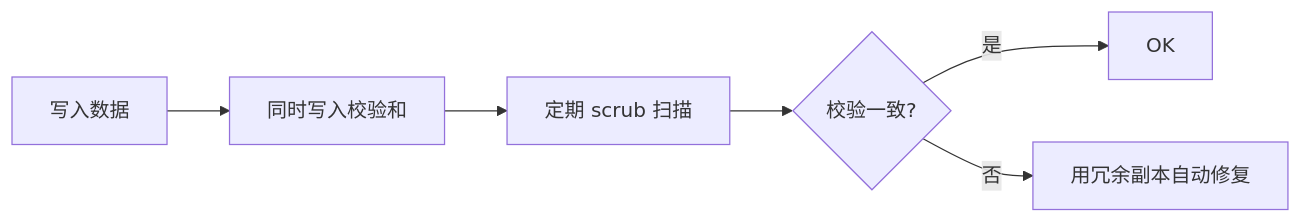
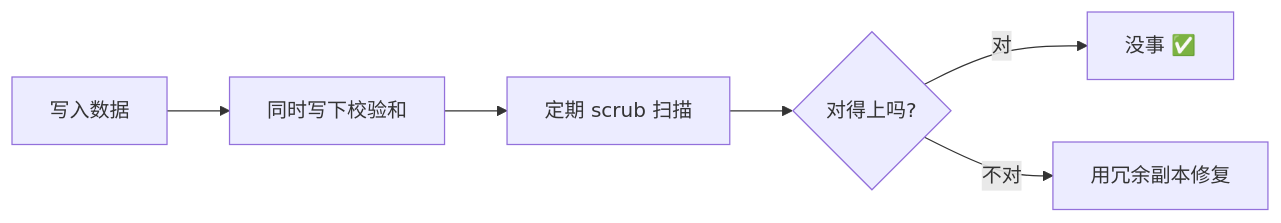
The diagram in docs/05-存储与数据保护/5.1-文件系统.md (cv-superding/nas-guide), drawn with Mermaid before and after one commit. The commit also changed other lines of this file and 2 other files, not shown here.

````diff
--- a/docs/05-存储与数据保护/5.1-文件系统.md
+++ b/docs/05-存储与数据保护/5.1-文件系统.md
@@ -46,8 +34,8 @@
 ```mermaid
 flowchart LR
-    A[写入数据] --> B[同时写入校验和]
+    A[写入数据] --> B[同时写下校验和]
     B --> C[定期 scrub 扫描]
-    C --> D{校验一致?}
-    D -->|是| E[OK]
-    D -->|否| F[用冗余副本自动修复]
+    C --> D{对得上吗?}
+    D -->|对| E[没事 ✅]
+    D -->|不对| F[用冗余副本修复]
 ```
````
